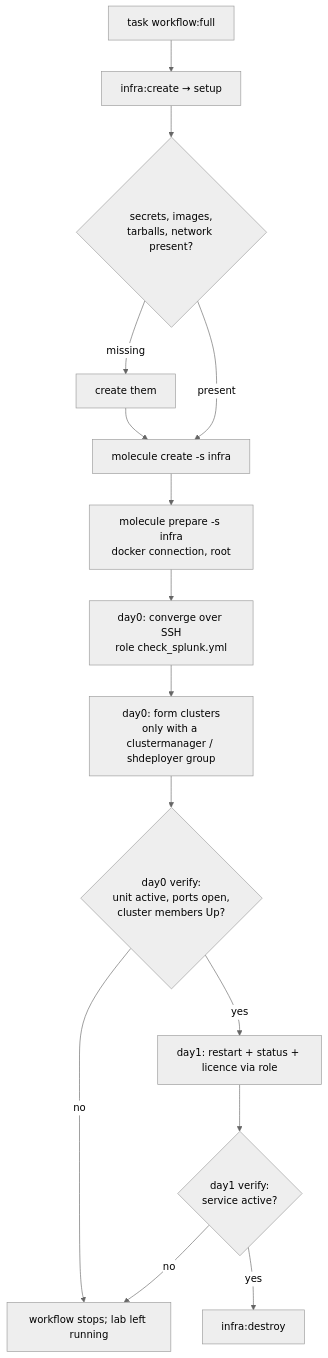
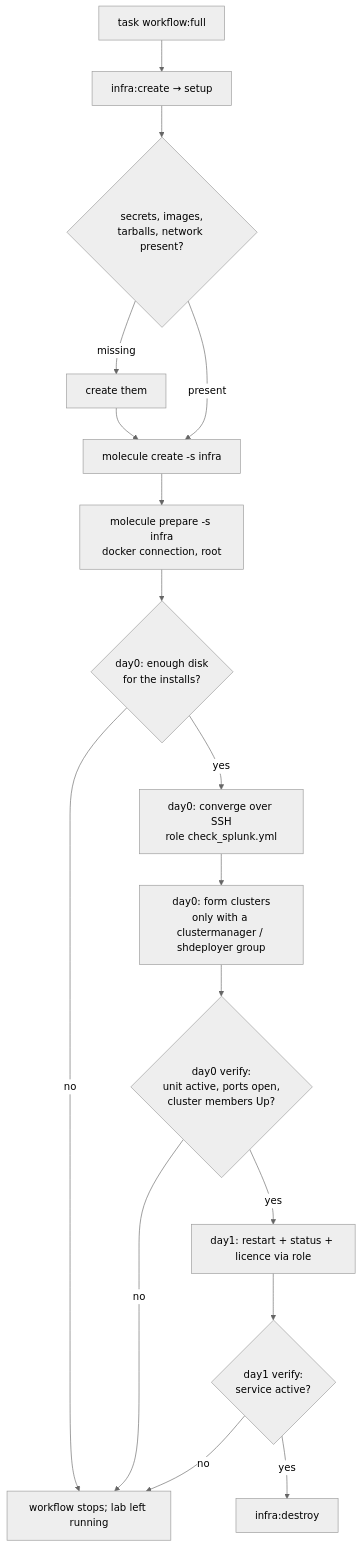
One commit to bayeslearner/ansible-role-for-splunk changed the third of 4 diagrams in docs/specs/05-molecule-virtual-lab/design.md. Above: the diagram before and after it, drawn with Mermaid (neutral theme). The commit also changed other lines of this file and 9 other files, not shown here.

````diff
--- a/docs/specs/05-molecule-virtual-lab/design.md
+++ b/docs/specs/05-molecule-virtual-lab/design.md
@@ -111,16 +111,18 @@
 ```mermaid
 flowchart TD
   A[task workflow:full] --> B[infra:create → setup]
   B --> C{secrets, images,<br/>tarballs, network present?}
   C -->|missing| C1[create them] --> D
   C -->|present| D[molecule create -s infra]
   D --> E[molecule prepare -s infra<br/>docker connection, root]
-  E --> F[day0: converge over SSH<br/>role check_splunk.yml]
+  E --> E2{day0: enough disk<br/>for the installs?}
+  E2 -->|no| X
+  E2 -->|yes| F[day0: converge over SSH<br/>role check_splunk.yml]
   F --> F2[day0: form clusters<br/>only with a clustermanager / shdeployer group]
   F2 --> G{day0 verify:<br/>unit active, ports open,<br/>cluster members Up?}
   G -->|no| X
   G -->|yes| H[day1: restart + status + licence via role]
   H --> I{day1 verify:<br/>service active?}
   I -->|no| X[workflow stops; lab left running]
   I -->|yes| J[infra:destroy]
 ```
````
